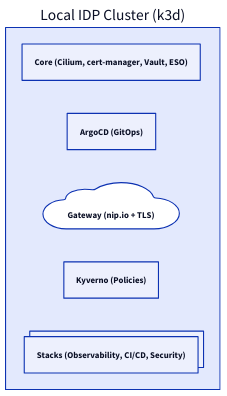
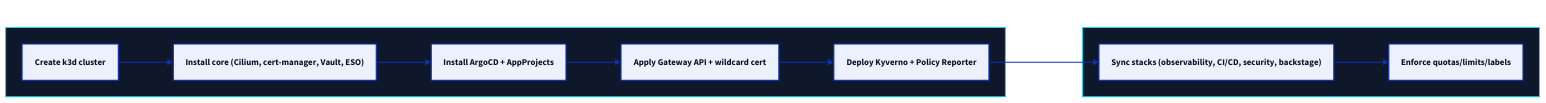
One commit to rou-cru/idp-blueprint changed the diagram in Docs/getting-started/deployment.md. Above: the diagram before and after it, drawn with D2. The commit also changed 22 other files, not shown here.

````diff
--- a/Docs/getting-started/deployment.md
+++ b/Docs/getting-started/deployment.md
@@ -16,20 +16,22 @@
 ```d2
 direction: right
 
-Cluster: {
-  label: "Local IDP Cluster (k3d)"
-  Core: "Core (Cilium, cert-manager, Vault, ESO)"
-  GitOps: "ArgoCD (GitOps)"
-  Gateway: {
-    label: "Gateway (nip.io + TLS)"
-    shape: cloud
-  }
-  Policies: "Kyverno (Policies)"
-  Stacks: {
-    label: "Stacks (Observability, CI/CD, Security)"
-    style: {
-      multiple: true
-    }
-  }
+classes: { step: { style.fill: "#0f172a"; style.font-color: white; style.stroke: "#22d3ee" } }
+
+Bootstrap: {
+  class: step
+  K3d: "Create k3d cluster"
+  Core: "Install core (Cilium, cert-manager, Vault, ESO)"
+  Argo: "Install ArgoCD + AppProjects"
+  Gateway: "Apply Gateway API + wildcard cert"
+  Policies: "Deploy Kyverno + Policy Reporter"
 }
+
+GitOps: {
+  class: step
+  Stacks: "Sync stacks (observability, CI/CD, security, backstage)"
+  Govern: "Enforce quotas/limits/labels"
+}
+
+Bootstrap.K3d -> Bootstrap.Core -> Bootstrap.Argo -> Bootstrap.Gateway -> Bootstrap.Policies -> GitOps.Stacks -> GitOps.Govern
 ```
````
